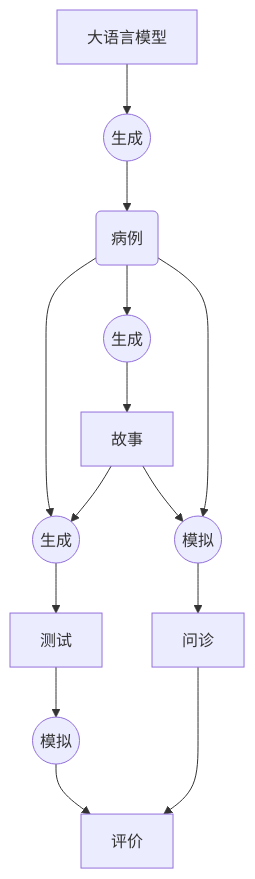
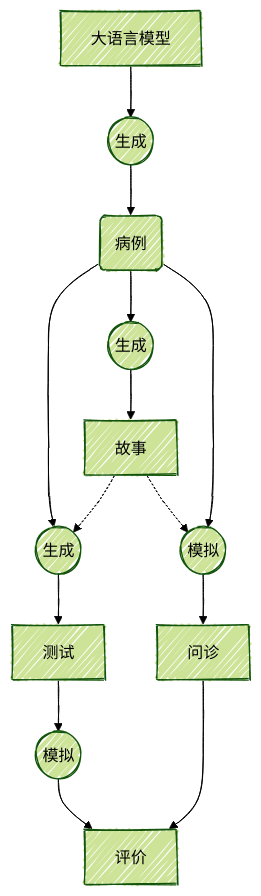
Before and after one commit to dearfad/urdoc: the diagram in docs/cstar.md, drawn with Mermaid. The commit also changed other lines of this file and 25 other files, not shown here.

````diff
--- a/docs/cstar.md
+++ b/docs/cstar.md
@@ -7,11 +7,17 @@
 ```mermaid
+---
+config:
+  theme: forest
+  look: handDrawn
+  layout: dagre
+---
 flowchart TD
   LLM[大语言模型] --> GEN_CASE((生成)) --> CASE(病例)
   CASE --> GEN_STORY((生成)) --> STORY[故事]
   CASE --> GEN_TEST((生成)) --> TEST[测试]
-  STORY --> GEN_TEST
-  STORY --> SIM_ACT((模拟))
+  STORY -.-> GEN_TEST
+  STORY -.-> SIM_ACT((模拟))
   CASE --> SIM_ACT --> ACT[问诊]
   TEST --> SIM_RATE((模拟)) --> RATE[评价]
   ACT --> RATE
 ```
````
